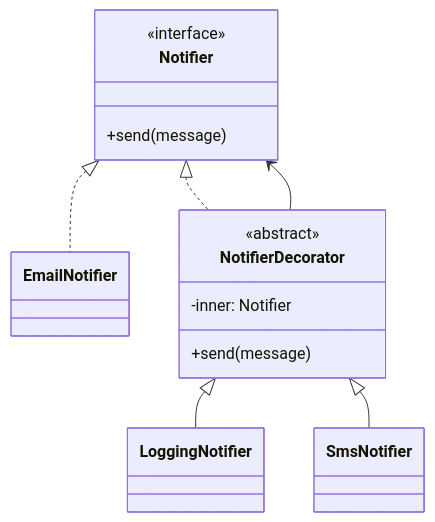
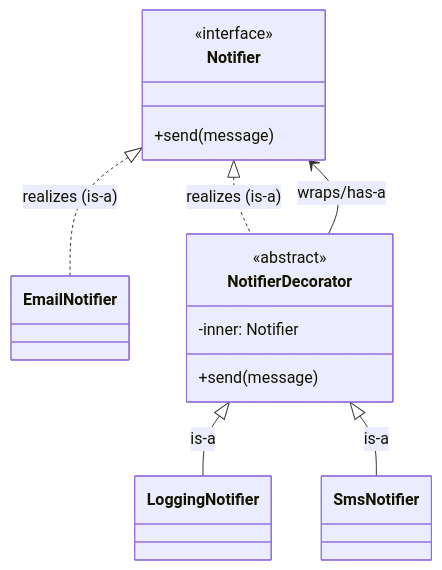
The tenth of 18 diagrams in exam-prep/exam1-study-guide.md (jeff-adkisson/swe-4743-spring-2026-oo-design), drawn with Mermaid before and after one commit. The commit also changed other lines of this file, not shown here.

````diff
--- a/exam-prep/exam1-study-guide.md
+++ b/exam-prep/exam1-study-guide.md
@@ -477,26 +480,26 @@
 ```mermaid
 classDiagram
 direction TB
 
 class Notifier {
   +send(message)
 }
 <<interface>> Notifier
 
 class EmailNotifier
 
 class NotifierDecorator {
   -inner: Notifier
   +send(message)
 }
 <<abstract>> NotifierDecorator
 
 class LoggingNotifier
 class SmsNotifier
 
-Notifier <|.. EmailNotifier
-Notifier <|.. NotifierDecorator
-NotifierDecorator --> Notifier
-NotifierDecorator <|-- LoggingNotifier
-NotifierDecorator <|-- SmsNotifier
+Notifier <|.. EmailNotifier : realizes (is-a)
+Notifier <|.. NotifierDecorator : realizes (is-a)
+NotifierDecorator --> Notifier : wraps/has-a
+NotifierDecorator <|-- LoggingNotifier : is-a
+NotifierDecorator <|-- SmsNotifier : is-a
 ```
````
